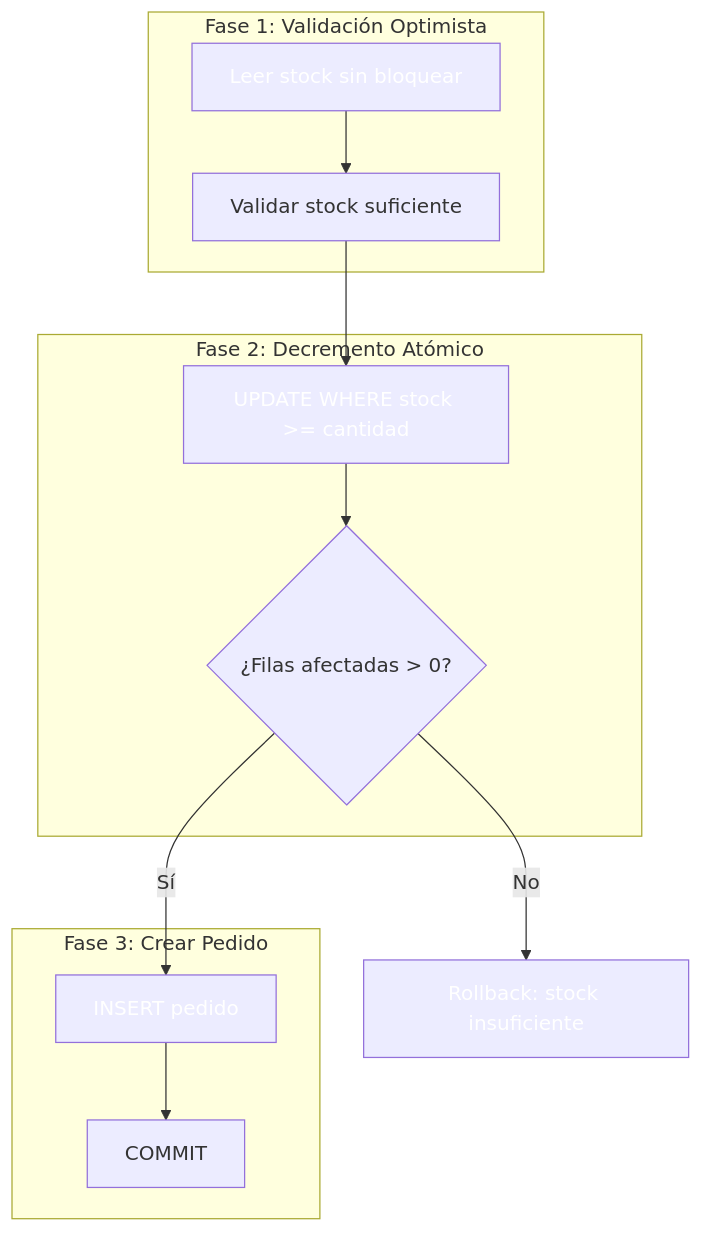
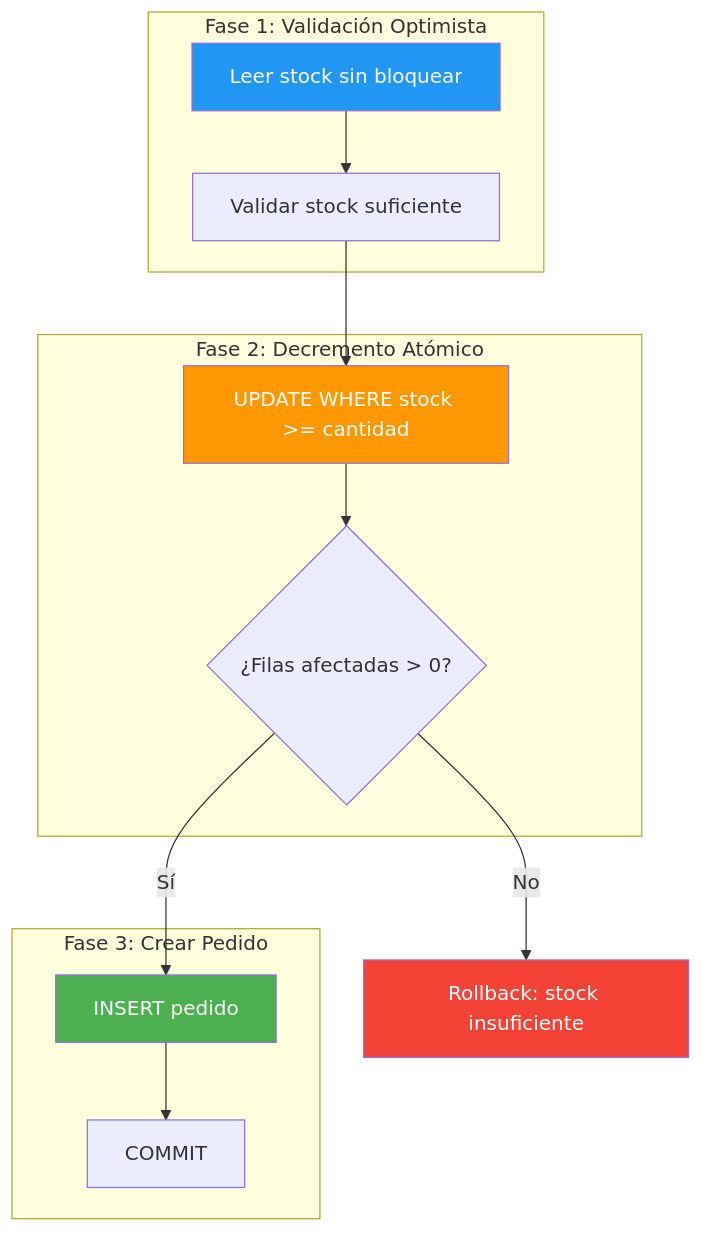
One commit to joseluisgs/DesarrolloWebEntornosServidor-02-2026-2027 changed the sixth of 8 diagrams in 15-transacciones-identificadores.md. Above: the diagram before and after it, drawn with Mermaid. The commit also changed other lines of this file and 29 other files, not shown here.

Commit message:
docs: corregir estilos Mermaid y estilo, quitar referencias a la Tienda y reestructurar los retos 13 y 15

````diff
--- a/15-transacciones-identificadores.md
+++ b/15-transacciones-identificadores.md
@@ -268,19 +271,19 @@
 ```mermaid
 flowchart TD
     subgraph "Fase 1: Validación Optimista"
         A1["Leer stock sin bloquear"] --> A2["Validar stock suficiente"]
     end
     subgraph "Fase 2: Decremento Atómico"
         B1["UPDATE WHERE stock >= cantidad"]
         B2{"¿Filas afectadas > 0?"}
     end
     subgraph "Fase 3: Crear Pedido"
         C1["INSERT pedido"] --> C2["COMMIT"]
     end
     A2 --> B1 --> B2 -->|Sí| C1
     B2 -->|No| D["Rollback: stock insuficiente"]
-    style A1 fill:#2196F,color:#fff3,color:#fff
-    style B1 fill:#FF980,color:#fff0,color:#fff
-    style C1 fill:#4CAF5,color:#fff0,color:#fff
-    style D fill:#F4433,color:#fff6,color:#fff
+    style A1 fill:#2196F3,color:#fff
+    style B1 fill:#FF9800,color:#fff
+    style C1 fill:#4CAF50,color:#fff
+    style D fill:#F44336,color:#fff
 ```
````
